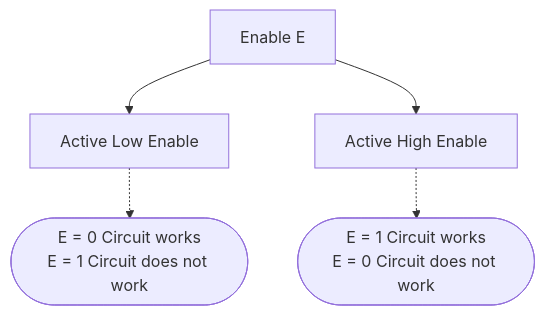
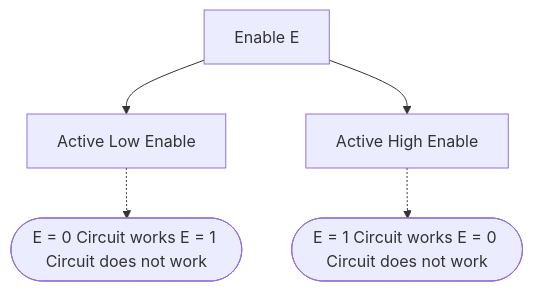
The diagram in GATE/Digital-Logic/Combinational Circuits/Multiplexer and Demultiplexer.md (supremeimposter/My-Vault), drawn with Mermaid before and after one commit. The commit also changed other lines of this file and 17 other files, not shown here.

````diff
--- a/GATE/Digital-Logic/Combinational Circuits/Multiplexer and Demultiplexer.md
+++ b/GATE/Digital-Logic/Combinational Circuits/Multiplexer and Demultiplexer.md
@@ -227,7 +228,7 @@
 ```mermaid
 flowchart TD
 A[Enable E] --> B[Active Low Enable]
 A --> C[Active High Enable]
-B -.-> D([E = 0 Circuit works\nE = 1 Circuit does not work])
-C -.-> E([E = 1 Circuit works\nE = 0 Circuit does not work])
+B -.-> D([E = 0 Circuit works E = 1 Circuit does not work])
+C -.-> E([E = 1 Circuit works E = 0 Circuit does not work])
 ```
````
